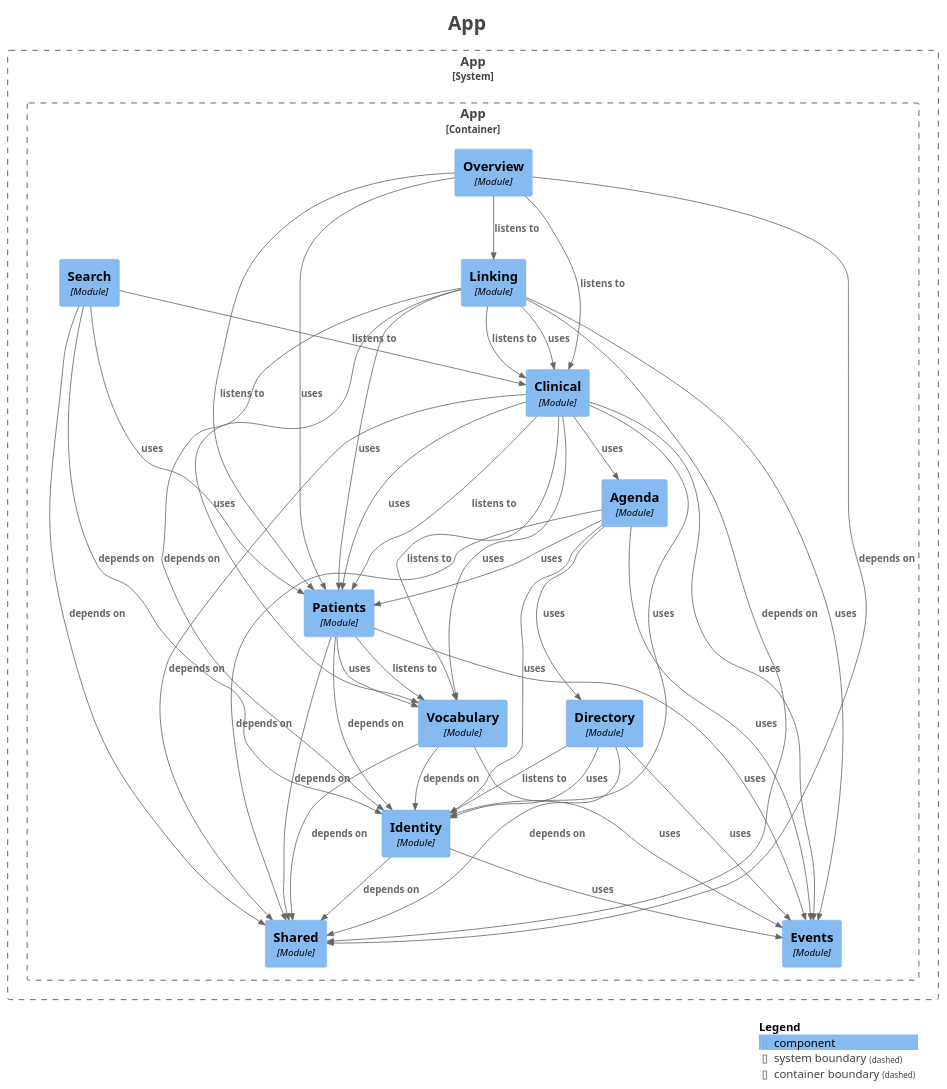
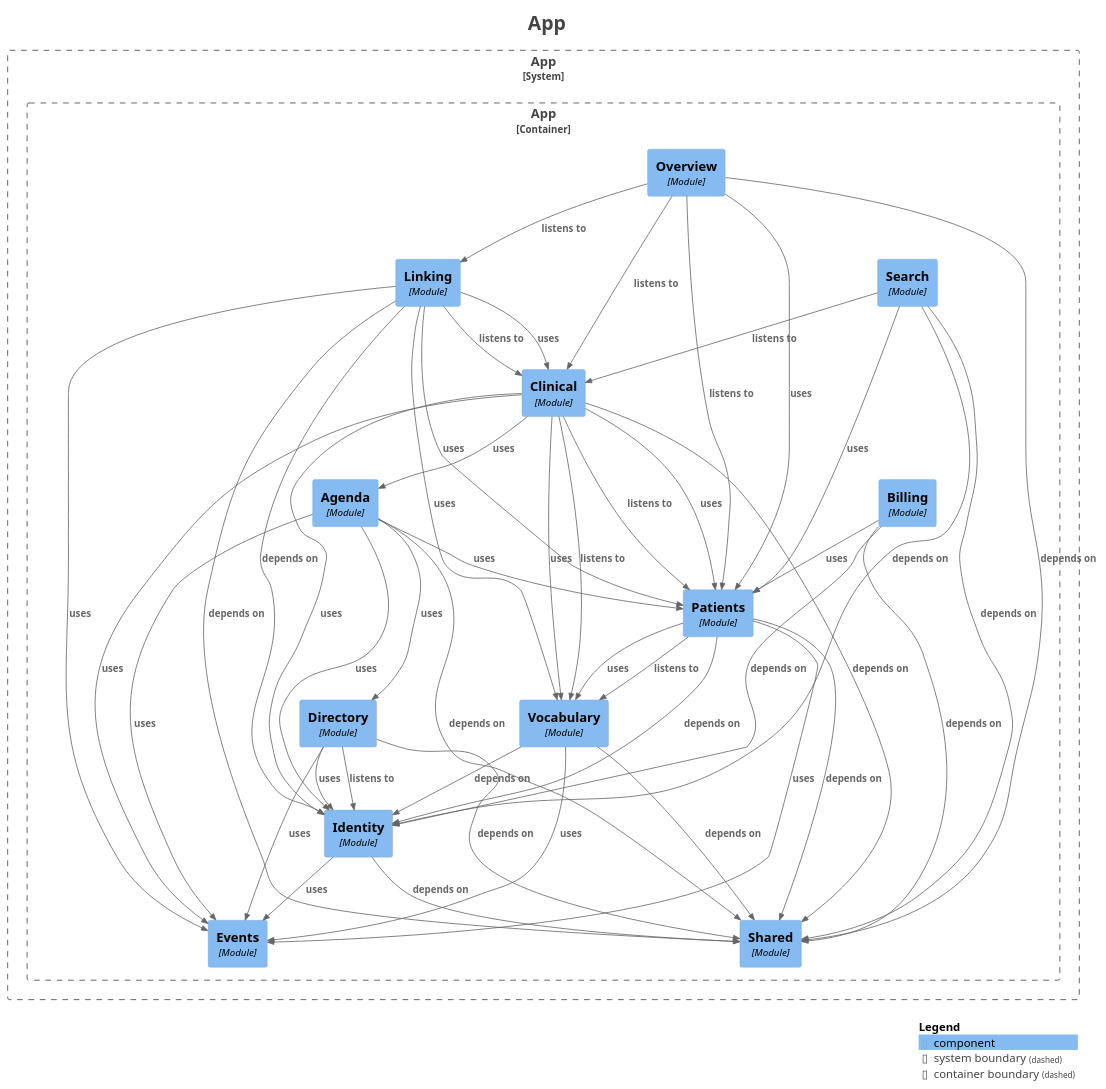
One commit to mrscams/psymate-api changed the diagram in docs/generated/components.puml. Above: the diagram before and after it, drawn with PlantUML. The commit also changed 47 other files, not shown here.

```diff
--- a/docs/generated/components.puml
+++ b/docs/generated/components.puml
@@ -1,81 +1,85 @@
 @startuml
 title <size:24>App</size>
 
 set separator none
 top to bottom direction
 
 <style>
   root {
     BackgroundColor: #ffffff
     FontColor: #444444
   }
 </style>
 
 !include <C4/C4>
 !include <C4/C4_Context>
 !include <C4/C4_Component>
 
 System_Boundary("App_boundary", "App", $tags="") {
   Container_Boundary("App.App_boundary", "App", $tags="") {
     Component(App.App.Agenda, "Agenda", $techn="Module", $descr="", $tags="", $link="")
+    Component(App.App.Billing, "Billing", $techn="Module", $descr="", $tags="", $link="")
     Component(App.App.Clinical, "Clinical", $techn="Module", $descr="", $tags="", $link="")
     Component(App.App.Directory, "Directory", $techn="Module", $descr="", $tags="", $link="")
     Component(App.App.Events, "Events", $techn="Module", $descr="", $tags="", $link="")
     Component(App.App.Identity, "Identity", $techn="Module", $descr="", $tags="", $link="")
     Component(App.App.Linking, "Linking", $techn="Module", $descr="", $tags="", $link="")
     Component(App.App.Overview, "Overview", $techn="Module", $descr="", $tags="", $link="")
     Component(App.App.Patients, "Patients", $techn="Module", $descr="", $tags="", $link="")
     Component(App.App.Search, "Search", $techn="Module", $descr="", $tags="", $link="")
     Component(App.App.Shared, "Shared", $techn="Module", $descr="", $tags="", $link="")
     Component(App.App.Vocabulary, "Vocabulary", $techn="Module", $descr="", $tags="", $link="")
   }
 
 }
 
 Rel(App.App.Agenda, App.App.Directory, "uses", $techn="", $tags="", $link="")
 Rel(App.App.Agenda, App.App.Events, "uses", $techn="", $tags="", $link="")
 Rel(App.App.Agenda, App.App.Identity, "uses", $techn="", $tags="", $link="")
 Rel(App.App.Agenda, App.App.Patients, "uses", $techn="", $tags="", $link="")
 Rel(App.App.Agenda, App.App.Shared, "depends on", $techn="", $tags="", $link="")
+Rel(App.App.Billing, App.App.Identity, "depends on", $techn="", $tags="", $link="")
+Rel(App.App.Billing, App.App.Patients, "uses", $techn="", $tags="", $link="")
+Rel(App.App.Billing, App.App.Shared, "depends on", $techn="", $tags="", $link="")
 Rel(App.App.Clinical, App.App.Agenda, "uses", $techn="", $tags="", $link="")
 Rel(App.App.Clinical, App.App.Events, "uses", $techn="", $tags="", $link="")
 Rel(App.App.Clinical, App.App.Identity, "uses", $techn="", $tags="", $link="")
 Rel(App.App.Clinical, App.App.Patients, "listens to", $techn="", $tags="", $link="")
 Rel(App.App.Clinical, App.App.Patients, "uses", $techn="", $tags="", $link="")
 Rel(App.App.Clinical, App.App.Shared, "depends on", $techn="", $tags="", $link="")
 Rel(App.App.Clinical, App.App.Vocabulary, "listens to", $techn="", $tags="", $link="")
 Rel(App.App.Clinical, App.App.Vocabulary, "uses", $techn="", $tags="", $link="")
 Rel(App.App.Directory, App.App.Events, "uses", $techn="", $tags="", $link="")
 Rel(App.App.Directory, App.App.Identity, "listens to", $techn="", $tags="", $link="")
 Rel(App.App.Directory, App.App.Identity, "uses", $techn="", $tags="", $link="")
 Rel(App.App.Directory, App.App.Shared, "depends on", $techn="", $tags="", $link="")
 Rel(App.App.Identity, App.App.Events, "uses", $techn="", $tags="", $link="")
 Rel(App.App.Identity, App.App.Shared, "depends on", $techn="", $tags="", $link="")
 Rel(App.App.Linking, App.App.Clinical, "listens to", $techn="", $tags="", $link="")
 Rel(App.App.Linking, App.App.Clinical, "uses", $techn="", $tags="", $link="")
 Rel(App.App.Linking, App.App.Events, "uses", $techn="", $tags="", $link="")
 Rel(App.App.Linking, App.App.Identity, "depends on", $techn="", $tags="", $link="")
 Rel(App.App.Linking, App.App.Patients, "uses", $techn="", $tags="", $link="")
 Rel(App.App.Linking, App.App.Shared, "depends on", $techn="", $tags="", $link="")
 Rel(App.App.Linking, App.App.Vocabulary, "uses", $techn="", $tags="", $link="")
 Rel(App.App.Overview, App.App.Clinical, "listens to", $techn="", $tags="", $link="")
 Rel(App.App.Overview, App.App.Linking, "listens to", $techn="", $tags="", $link="")
 Rel(App.App.Overview, App.App.Patients, "listens to", $techn="", $tags="", $link="")
 Rel(App.App.Overview, App.App.Patients, "uses", $techn="", $tags="", $link="")
 Rel(App.App.Overview, App.App.Shared, "depends on", $techn="", $tags="", $link="")
 Rel(App.App.Patients, App.App.Events, "uses", $techn="", $tags="", $link="")
 Rel(App.App.Patients, App.App.Identity, "depends on", $techn="", $tags="", $link="")
 Rel(App.App.Patients, App.App.Shared, "depends on", $techn="", $tags="", $link="")
 Rel(App.App.Patients, App.App.Vocabulary, "listens to", $techn="", $tags="", $link="")
 Rel(App.App.Patients, App.App.Vocabulary, "uses", $techn="", $tags="", $link="")
 Rel(App.App.Search, App.App.Clinical, "listens to", $techn="", $tags="", $link="")
 Rel(App.App.Search, App.App.Identity, "depends on", $techn="", $tags="", $link="")
 Rel(App.App.Search, App.App.Patients, "uses", $techn="", $tags="", $link="")
 Rel(App.App.Search, App.App.Shared, "depends on", $techn="", $tags="", $link="")
 Rel(App.App.Vocabulary, App.App.Events, "uses", $techn="", $tags="", $link="")
 Rel(App.App.Vocabulary, App.App.Identity, "depends on", $techn="", $tags="", $link="")
 Rel(App.App.Vocabulary, App.App.Shared, "depends on", $techn="", $tags="", $link="")
 
 SHOW_LEGEND(true)
 hide stereotypes
 @enduml
```
